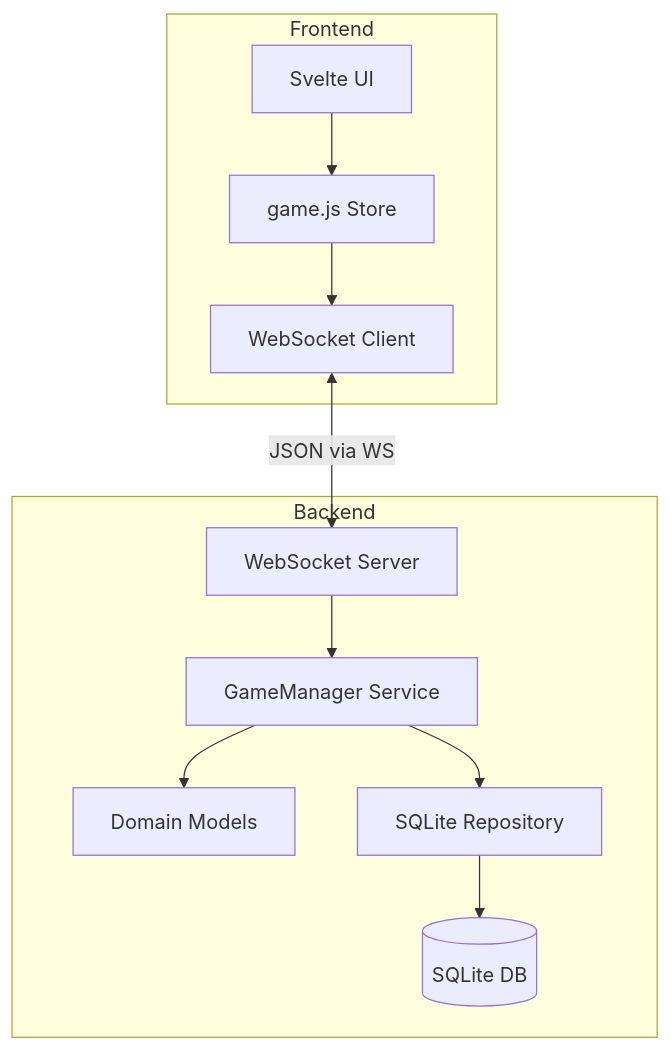
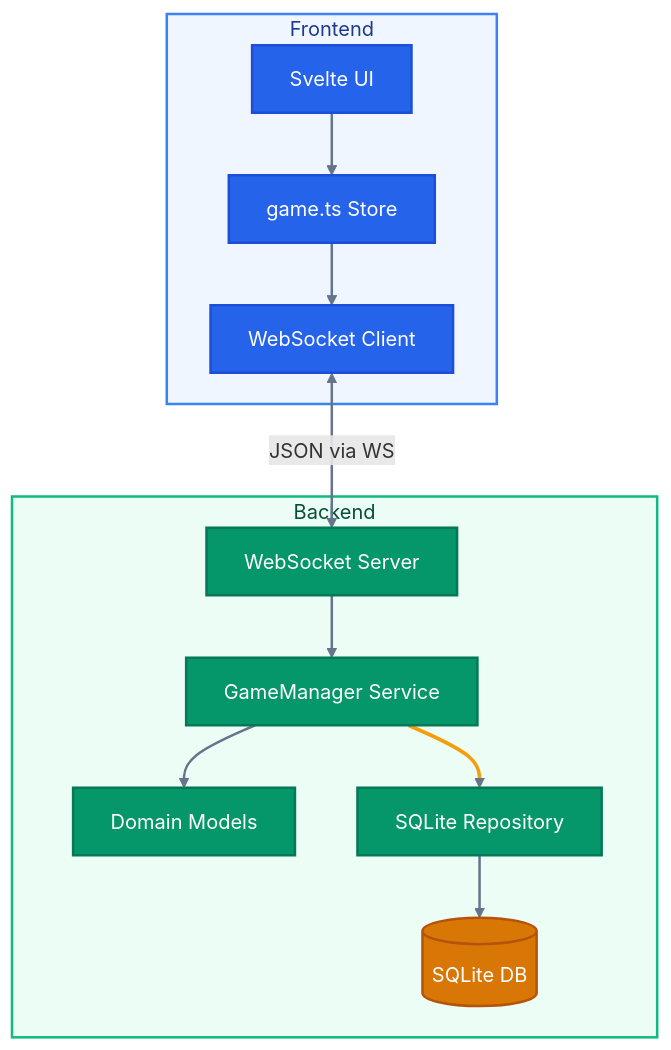
The first of 2 diagrams in README.md (fanama/dnd), drawn with Mermaid before and after one commit. The commit also changed other lines of this file and 24 other files, not shown here.

````diff
--- a/README.md
+++ b/README.md
@@ -43,16 +45,25 @@
 ```mermaid
 graph TD
-    subgraph Frontend
-        UI[Svelte UI] --> Store[game.js Store]
-        Store --> WS_C[WebSocket Client]
+    classDef feNode fill:#2563eb,stroke:#1d4ed8,stroke-width:2px,color:#fff;
+    classDef beNode fill:#059669,stroke:#047857,stroke-width:2px,color:#fff;
+    classDef dbNode fill:#d97706,stroke:#b45309,stroke-width:2px,color:#fff;
+
+    subgraph Frontend["Frontend"]
+        UI[Svelte UI]:::feNode --> Store[game.ts Store]:::feNode
+        Store --> WS_C[WebSocket Client]:::feNode
     end
 
-    subgraph Backend
-        WS_S[WebSocket Server] --> GM[GameManager Service]
-        GM --> Domain[Domain Models]
-        GM --> Repo[SQLite Repository]
-        Repo --> DB[(SQLite DB)]
+    subgraph Backend["Backend"]
+        WS_S[WebSocket Server]:::beNode --> GM[GameManager Service]:::beNode
+        GM --> Domain[Domain Models]:::beNode
+        GM --> Repo[SQLite Repository]:::beNode
+        Repo --> DB[(SQLite DB)]:::dbNode
     end
 
     WS_C <-->|JSON via WS| WS_S
+
+    style Frontend fill:#eff6ff,stroke:#3b82f6,stroke-width:2px,color:#1e3a8a
+    style Backend fill:#ecfdf5,stroke:#10b981,stroke-width:2px,color:#064e3b
+    linkStyle default stroke:#64748b,stroke-width:2px;
+    linkStyle 4 stroke:#f59e0b,stroke-width:3px;
 ```
````
